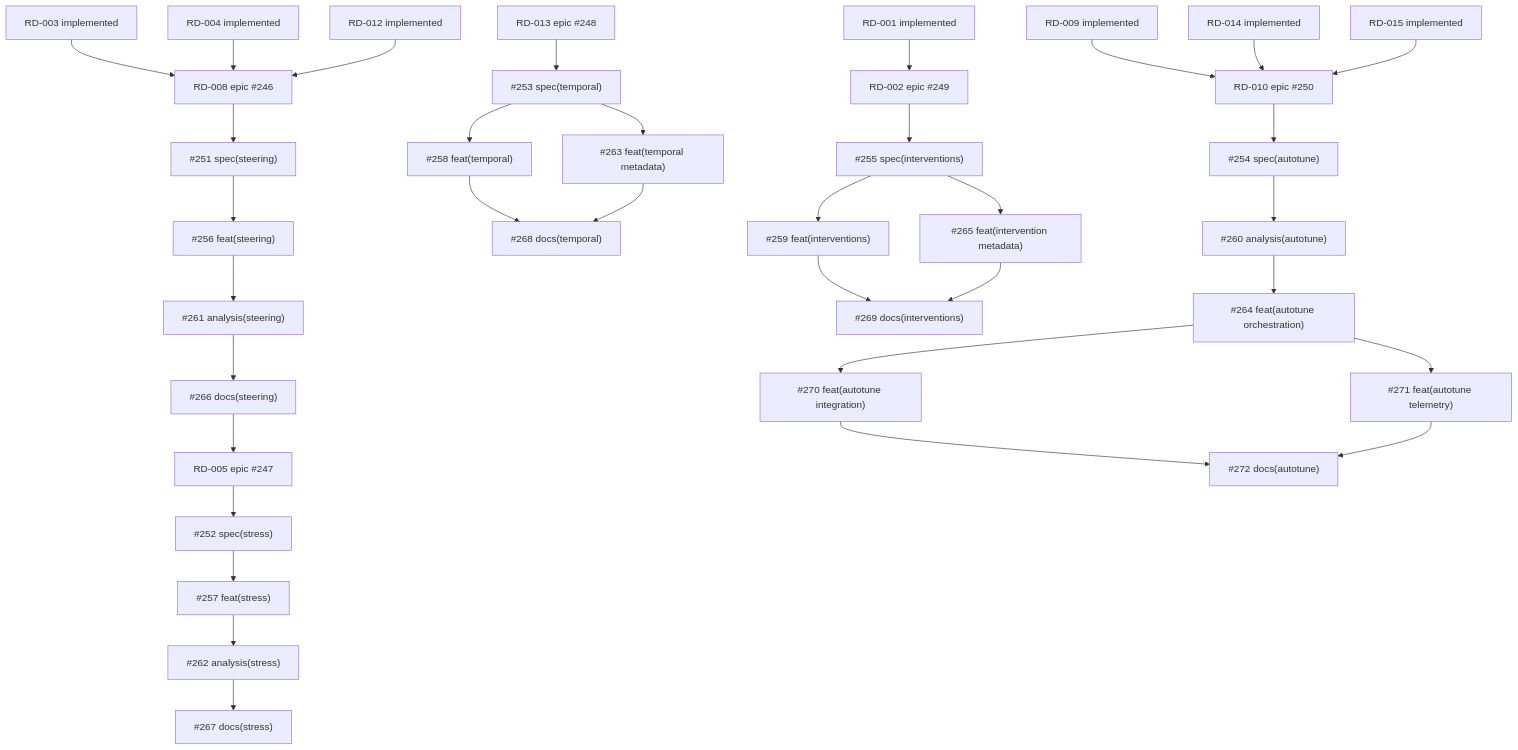
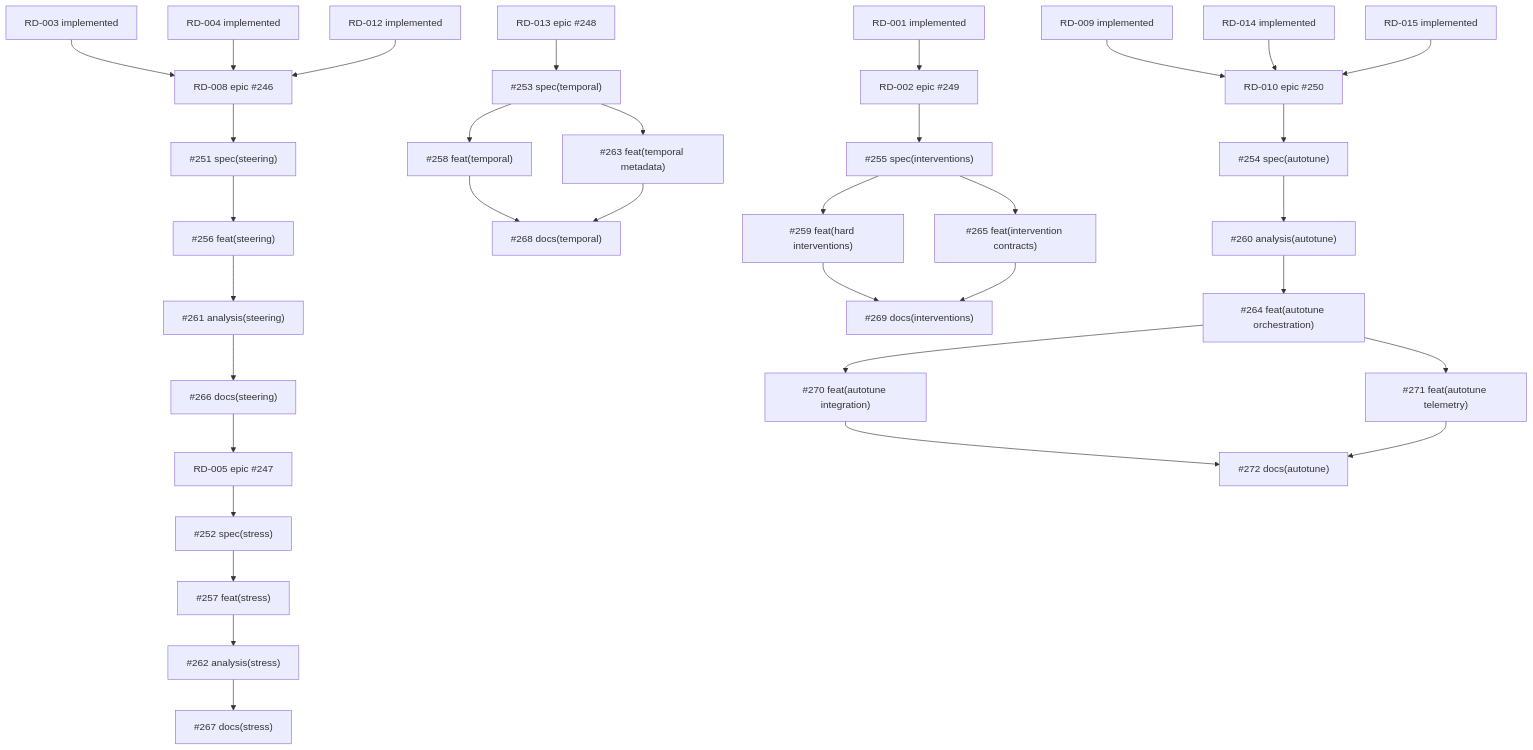
The diagram in docs/development/roadmap.md (bensonlee5/cauchy-generator), drawn with Mermaid before and after one commit. The commit also changed other lines of this file and 16 other files, not shown here.

First line of the commit message:
Complete #255 hard-intervention config identity (#296)

````diff
--- a/docs/development/roadmap.md
+++ b/docs/development/roadmap.md
@@ -93,72 +93,72 @@
 ```mermaid
 graph TD
   RD001["RD-001 implemented"]
   RD003["RD-003 implemented"]
   RD004["RD-004 implemented"]
   RD009["RD-009 implemented"]
   RD012["RD-012 implemented"]
   RD014["RD-014 implemented"]
   RD015["RD-015 implemented"]
 
   RD008E["RD-008 epic #246"]
   RD008A["#251 spec(steering)"]
   RD008B["#256 feat(steering)"]
   RD008C["#261 analysis(steering)"]
   RD008D["#266 docs(steering)"]
 
   RD005E["RD-005 epic #247"]
   RD005A["#252 spec(stress)"]
   RD005B["#257 feat(stress)"]
   RD005C["#262 analysis(stress)"]
   RD005D["#267 docs(stress)"]
 
   RD013E["RD-013 epic #248"]
   RD013A["#253 spec(temporal)"]
   RD013B["#258 feat(temporal)"]
   RD013C["#263 feat(temporal metadata)"]
   RD013D["#268 docs(temporal)"]
 
   RD002E["RD-002 epic #249"]
   RD002A["#255 spec(interventions)"]
-  RD002B["#259 feat(interventions)"]
-  RD002C["#265 feat(intervention metadata)"]
+  RD002B["#259 feat(hard interventions)"]
+  RD002C["#265 feat(intervention contracts)"]
   RD002D["#269 docs(interventions)"]
 
   RD010E["RD-010 epic #250"]
   RD010A["#254 spec(autotune)"]
   RD010B["#260 analysis(autotune)"]
   RD010C["#264 feat(autotune orchestration)"]
   RD010D["#270 feat(autotune integration)"]
   RD010F["#271 feat(autotune telemetry)"]
   RD010G["#272 docs(autotune)"]
 
   RD003 --> RD008E
   RD004 --> RD008E
   RD012 --> RD008E
   RD008E --> RD008A --> RD008B --> RD008C --> RD008D
 
   RD008D --> RD005E
   RD005E --> RD005A --> RD005B --> RD005C --> RD005D
 
   RD013E --> RD013A
   RD013A --> RD013B
   RD013A --> RD013C
   RD013B --> RD013D
   RD013C --> RD013D
 
   RD001 --> RD002E
   RD002E --> RD002A
   RD002A --> RD002B
   RD002A --> RD002C
   RD002B --> RD002D
   RD002C --> RD002D
 
   RD009 --> RD010E
   RD014 --> RD010E
   RD015 --> RD010E
   RD010E --> RD010A --> RD010B --> RD010C
   RD010C --> RD010D
   RD010C --> RD010F
   RD010D --> RD010G
   RD010F --> RD010G
 ```
````
